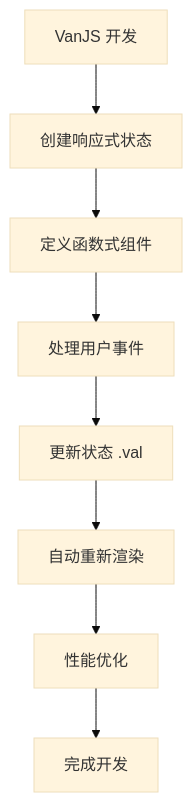
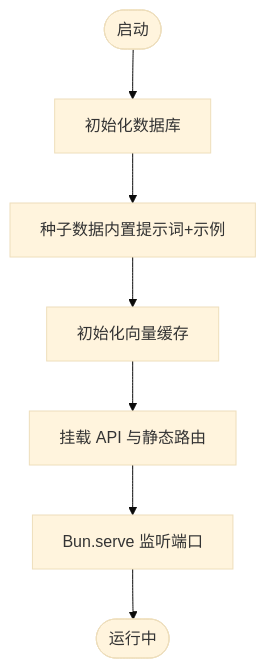
One commit to BlackBoxRecorder/memos changed the third of 7 diagrams in .qoder/repowiki/zh/content/开发指南/开发指南.md. Above: the diagram before and after it, drawn with Mermaid (base theme). The commit also changed other lines of this file and 83 other files, not shown here.

````diff
--- a/.qoder/repowiki/zh/content/开发指南/开发指南.md
+++ b/.qoder/repowiki/zh/content/开发指南/开发指南.md
@@ -252,10 +127,9 @@
 ```mermaid
 flowchart TD
-Start["VanJS 开发"] --> State["创建响应式状态"]
-State --> Component["定义函数式组件"]
-Component --> Events["处理用户事件"]
-Events --> Update["更新状态 .val"]
-Update --> Render["自动重新渲染"]
-Render --> Optimize["性能优化"]
-Optimize --> End["完成开发"]
+Start(["启动"]) --> InitDB["初始化数据库"]
+InitDB --> Seed["种子数据内置提示词+示例"]
+Seed --> Embeddings["初始化向量缓存"]
+Embeddings --> Routes["挂载 API 与静态路由"]
+Routes --> Serve["Bun.serve 监听端口"]
+Serve --> End(["运行中"])
 ```
````
